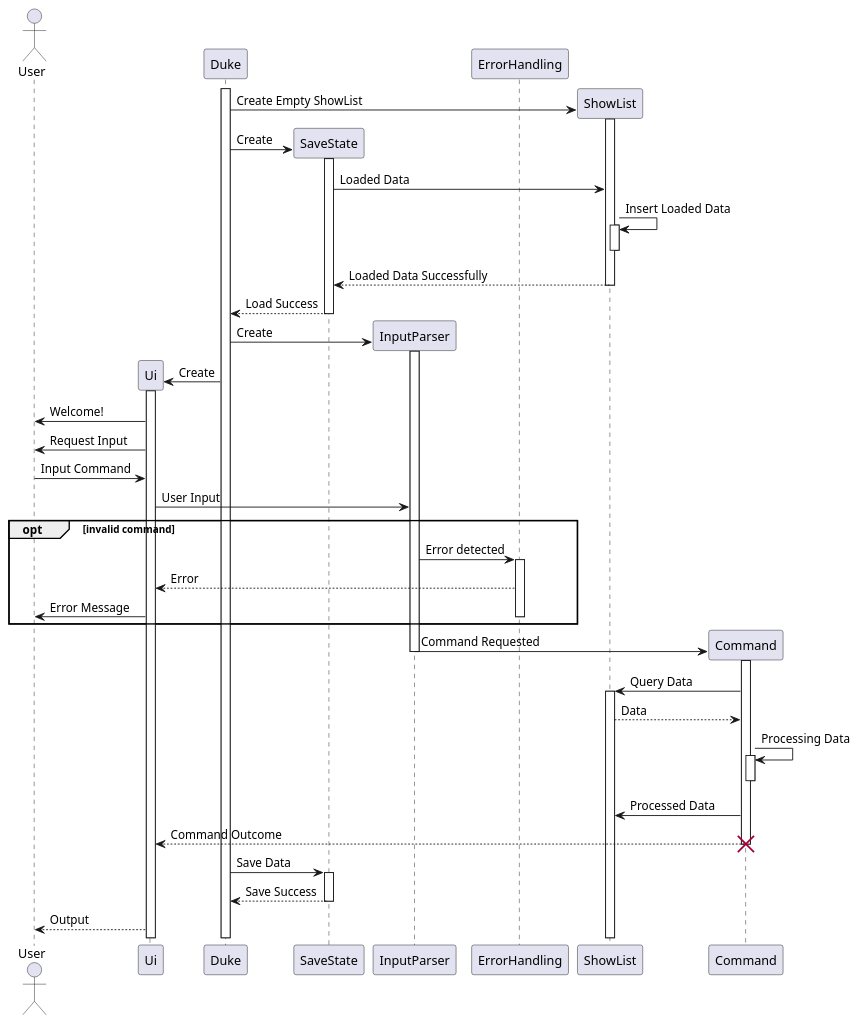
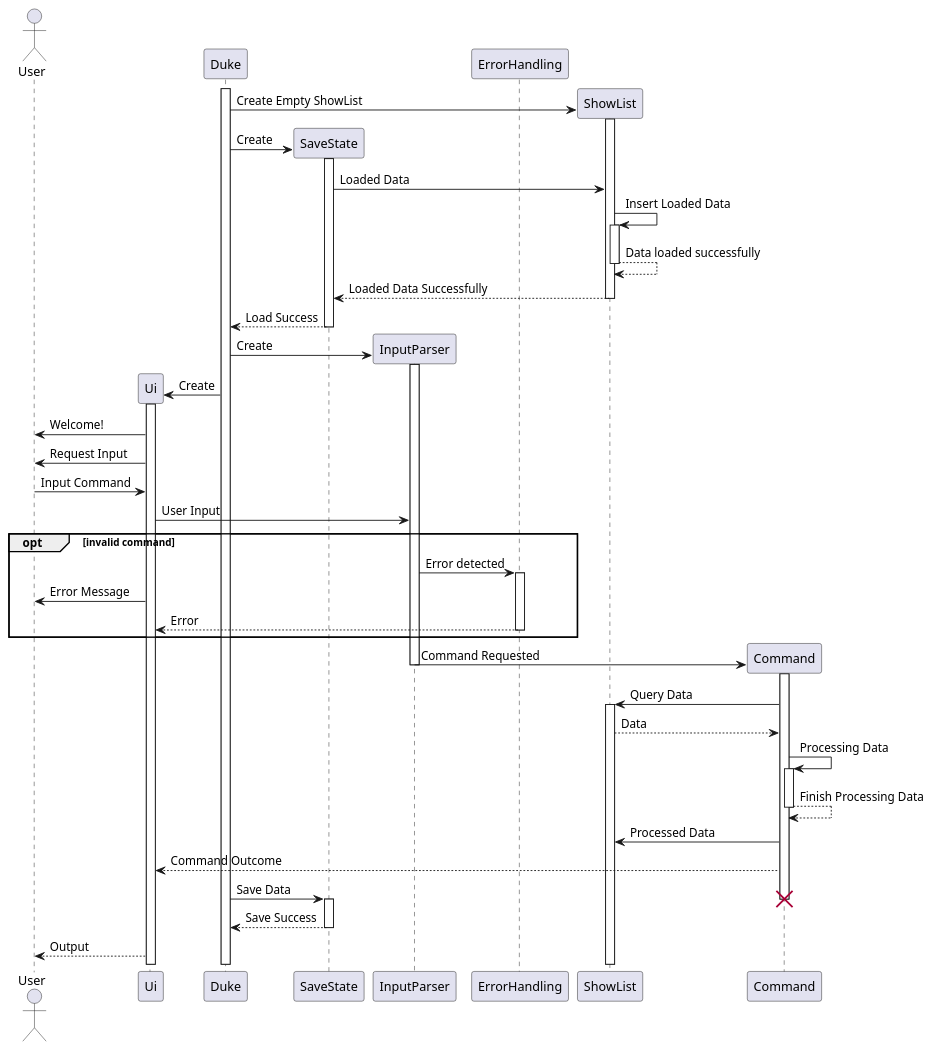
The diagram in diagrams/designSequence.puml (nus-cs2113-AY2021S1/tp), drawn with PlantUML before and after one commit. The commit also changed 2 other files, not shown here.

Commit message:
Fix sequence diagram Edit aboutus

```diff
--- a/diagrams/designSequence.puml
+++ b/diagrams/designSequence.puml
@@ -1,61 +1,63 @@
 @startuml
 actor User
 participant Ui
 participant Duke
 participant SaveState
 participant InputParser
 participant ErrorHandling
 participant ShowList
 participant Command
 activate Duke
 create ShowList
 Duke -> ShowList : Create Empty ShowList
 activate ShowList
 create SaveState
 Duke -> SaveState : Create
 activate SaveState
 SaveState -> ShowList : Loaded Data
 ShowList -> ShowList : Insert Loaded Data
 activate ShowList
+ShowList --> ShowList : Data loaded successfully
 deactivate ShowList
 ShowList --> SaveState : Loaded Data Successfully
 deactivate ShowList
 SaveState --> Duke : Load Success
 deactivate SaveState
 create InputParser
 Duke -> InputParser : Create
 activate InputParser
 create Ui
 Duke -> Ui : Create
 activate Ui
 Ui -> User : Welcome!
 Ui -> User : Request Input
 User -> Ui : Input Command
 Ui -> InputParser : User Input
 
 opt invalid command
 InputParser -> ErrorHandling : Error detected
 activate ErrorHandling
+Ui -> User : Error Message
 ErrorHandling --> Ui : Error
-Ui -> User : Error Message
 deactivate ErrorHandling
 end
 create Command
 InputParser -> Command : Command Requested
 deactivate InputParser
 activate Command
 Command -> ShowList : Query Data
 activate ShowList
 ShowList --> Command : Data
 Command -> Command : Processing Data
 activate Command
+Command --> Command : Finish Processing Data
 deactivate Command
 Command -> ShowList : Processed Data
 Command --> Ui : Command Outcome
+Duke -> SaveState : Save Data
 destroy Command
-Duke -> SaveState : Save Data
 activate SaveState
 SaveState --> Duke : Save Success
 deactivate SaveState
 Ui --> User : Output
 @enduml
```
